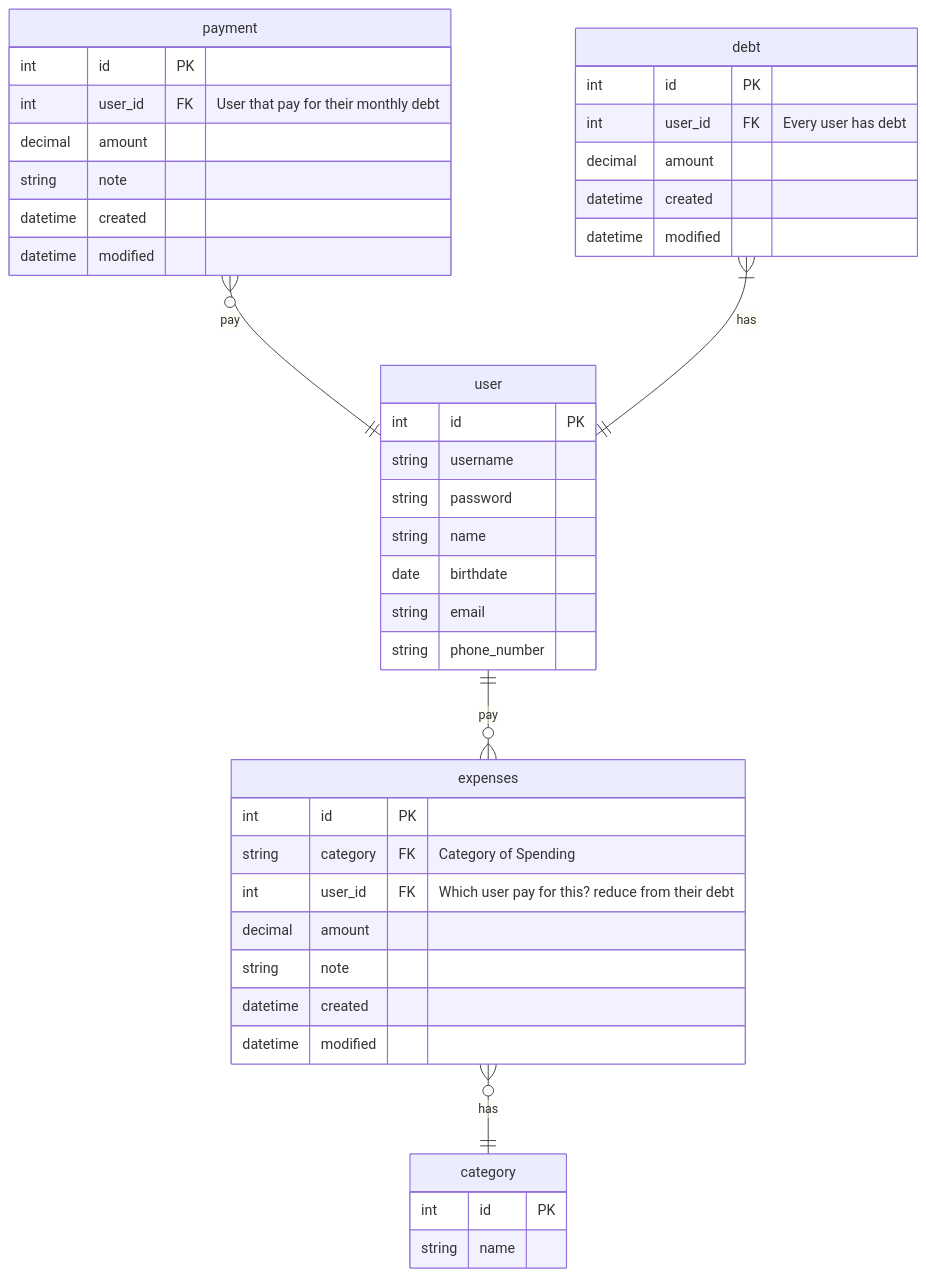
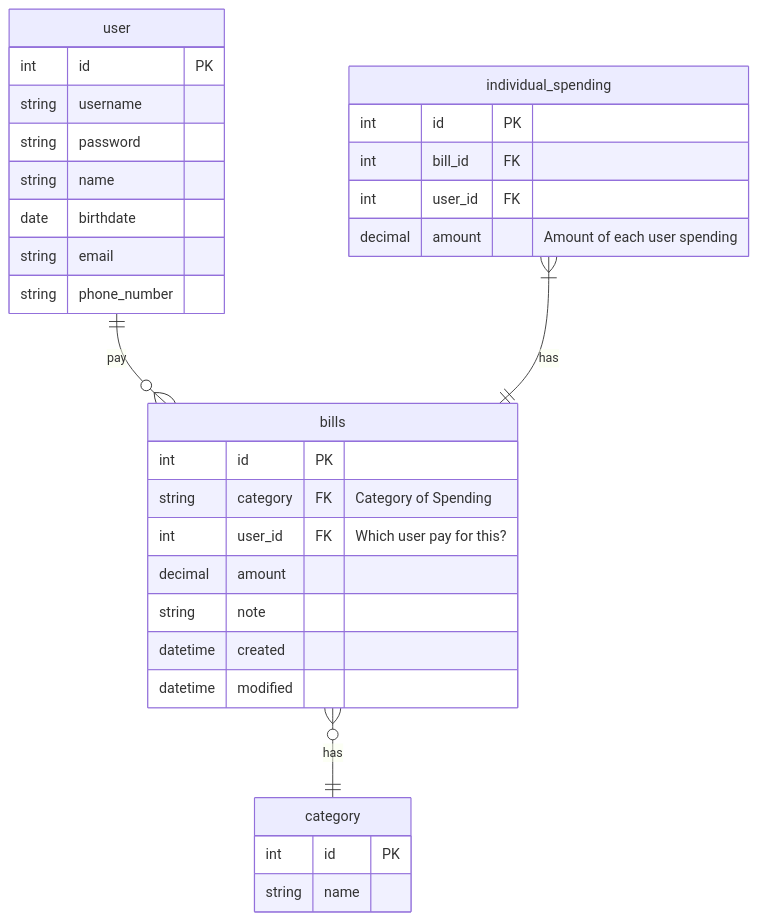
One commit to Skyquek/Trip-Bill-Management-System changed the second of 2 diagrams in mini-project/Readme.md. Above: the diagram before and after it, drawn with Mermaid. The commit also changed other lines of this file, not shown here.

````diff
--- a/mini-project/Readme.md
+++ b/mini-project/Readme.md
@@ -60,48 +28,37 @@
 ```mermaid
 erDiagram
-    user ||--o{ expenses : pay
+    user ||--o{ bills : pay
     user {
         int id PK
         string username
         string password
         string name
         date birthdate
         string email
         string phone_number
     }
 
-    expenses }o--|| category: "has"
-    expenses {
+    bills }o--|| category: "has"
+    bills {
         int id PK
         string category FK "Category of Spending"
-        int user_id FK "Which user pay for this? reduce from their debt"
+        int user_id FK "Which user pay for this?"
         decimal amount
         string note
         datetime created
         datetime modified
     }
 
+    individual_spending }|--|| bills: "has"
+    individual_spending {
+        int id PK
+        int bill_id FK
+        int user_id FK
+        decimal amount "Amount of each user spending"
+    }
+
     category {
         int id PK
         string name
     }
-
-    payment o{--|| user: pay
-    payment {
-        int id PK
-        int user_id FK "User that pay for their monthly debt"
-        decimal amount
-        string note
-        datetime created
-        datetime modified
-    }
-
-    debt |{--|| user : "has"
-    debt {
-        int id PK
-        int user_id FK "Every user has debt"
-        decimal amount
-        datetime created
-        datetime modified
-    }
 ```
````
